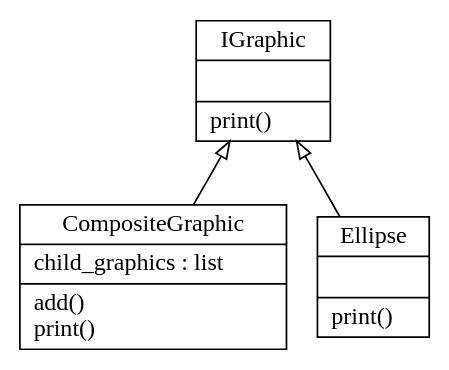
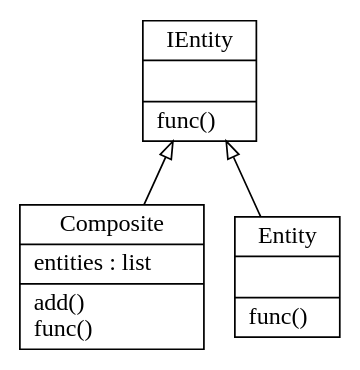
One commit to Sean-Bradley/Design-Patterns-In-Python changed the diagram in composite/classes.dot. Above: the diagram before and after it, drawn with Graphviz. The commit also changed 2 other files, not shown here.

Commit message:
edited composite

```diff
--- a/composite/classes.dot
+++ b/composite/classes.dot
@@ -1,9 +1,9 @@
 digraph "classes" {
 charset="utf-8"
 rankdir=BT
-"0" [label="{CompositeGraphic|child_graphics : list\l|add()\lprint()\l}", shape="record"];
-"1" [label="{Ellipse|\l|print()\l}", shape="record"];
-"2" [label="{IGraphic|\l|print()\l}", shape="record"];
+"0" [label="{Composite|entities : list\l|add()\lfunc()\l}", shape="record"];
+"1" [label="{Entity|\l|func()\l}", shape="record"];
+"2" [label="{IEntity|\l|func()\l}", shape="record"];
 "0" -> "2" [arrowhead="empty", arrowtail="none"];
 "1" -> "2" [arrowhead="empty", arrowtail="none"];
 }
```
